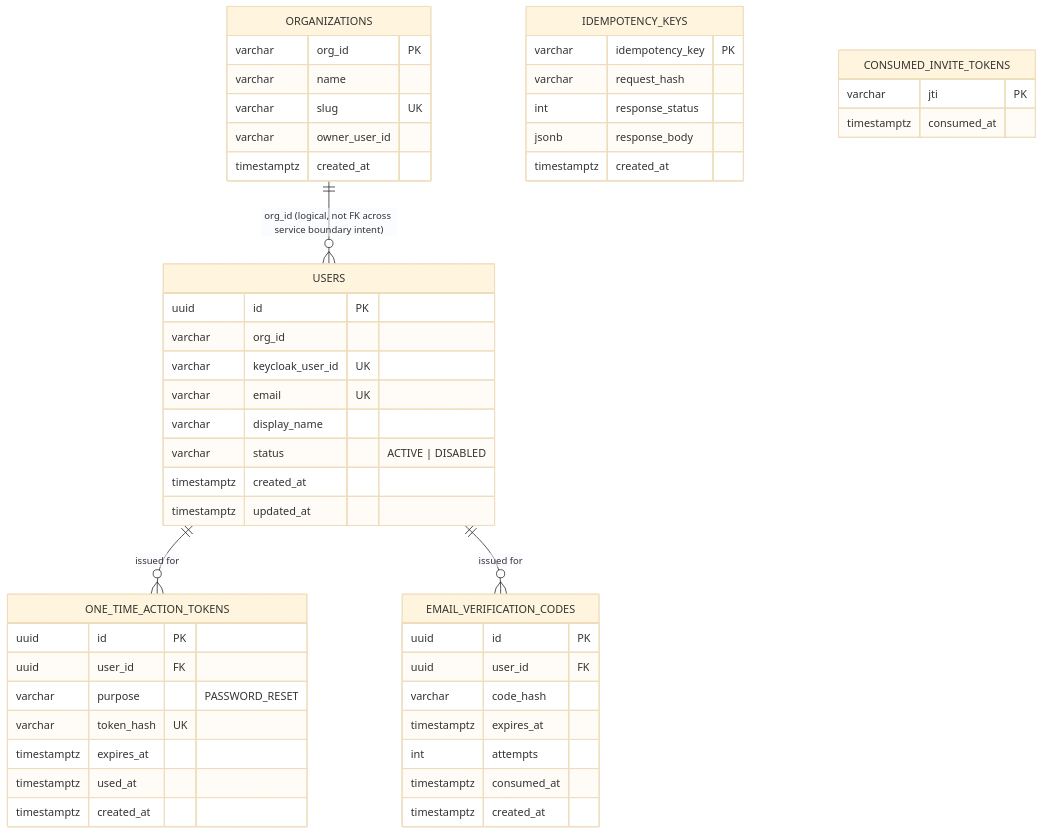
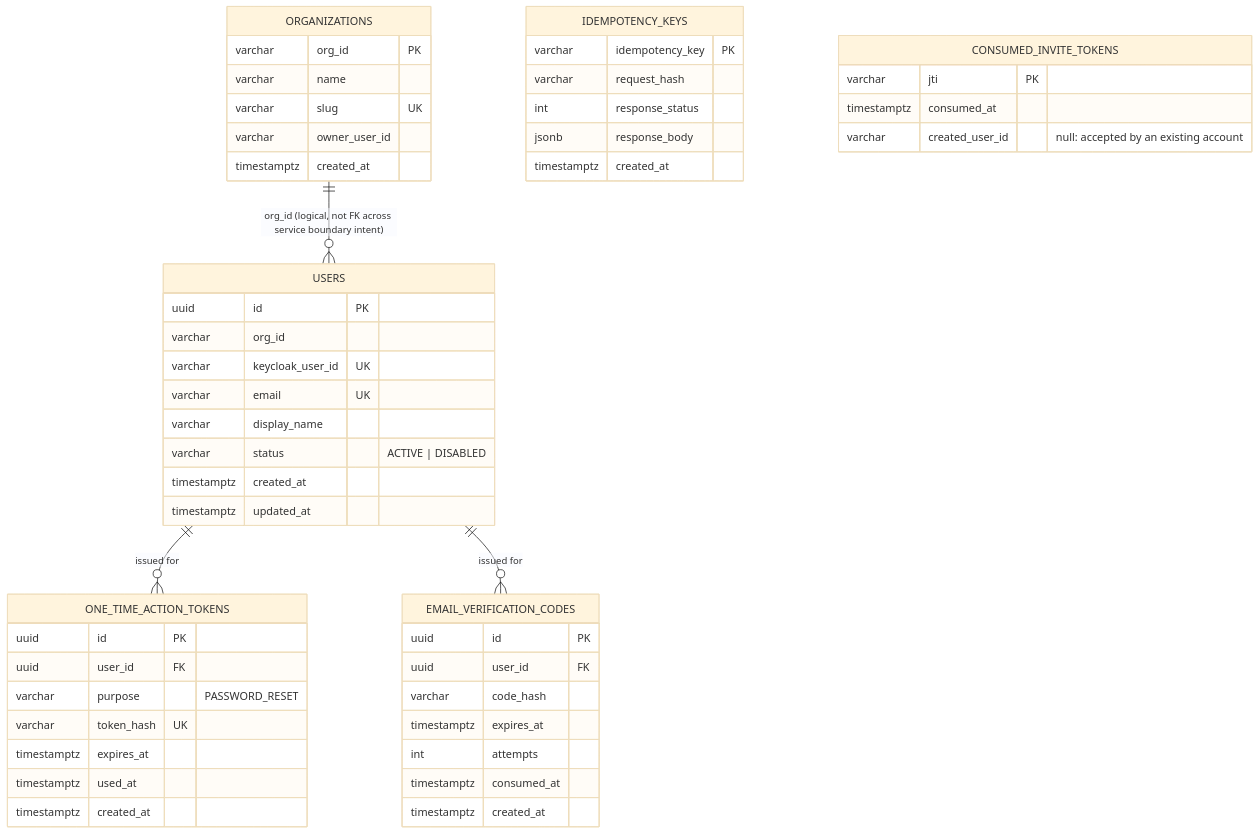
Before and after one commit to Wamitinewton/Pallet.io: the third of 8 diagrams in docs/identity-service/ARCHITECTURE.md, drawn with Mermaid (base theme). The commit also changed other lines of this file and 29 other files, not shown here.

````diff
--- a/docs/identity-service/ARCHITECTURE.md
+++ b/docs/identity-service/ARCHITECTURE.md
@@ -298,52 +301,53 @@
 ```mermaid
 erDiagram
     ORGANIZATIONS {
         varchar org_id PK
         varchar name
         varchar slug UK
         varchar owner_user_id
         timestamptz created_at
     }
     USERS {
         uuid id PK
         varchar org_id
         varchar keycloak_user_id UK
         varchar email UK
         varchar display_name
         varchar status "ACTIVE | DISABLED"
         timestamptz created_at
         timestamptz updated_at
     }
     IDEMPOTENCY_KEYS {
         varchar idempotency_key PK
         varchar request_hash
         int response_status
         jsonb response_body
         timestamptz created_at
     }
     ONE_TIME_ACTION_TOKENS {
         uuid id PK
         uuid user_id FK
         varchar purpose "PASSWORD_RESET"
         varchar token_hash UK
         timestamptz expires_at
         timestamptz used_at
         timestamptz created_at
     }
     CONSUMED_INVITE_TOKENS {
         varchar jti PK
         timestamptz consumed_at
+        varchar created_user_id "null: accepted by an existing account"
     }
     EMAIL_VERIFICATION_CODES {
         uuid id PK
         uuid user_id FK
         varchar code_hash
         timestamptz expires_at
         int attempts
         timestamptz consumed_at
         timestamptz created_at
     }
     ORGANIZATIONS ||--o{ USERS : "org_id (logical, not FK across service boundary intent)"
     USERS ||--o{ ONE_TIME_ACTION_TOKENS : "issued for"
     USERS ||--o{ EMAIL_VERIFICATION_CODES : "issued for"
 ```
````
